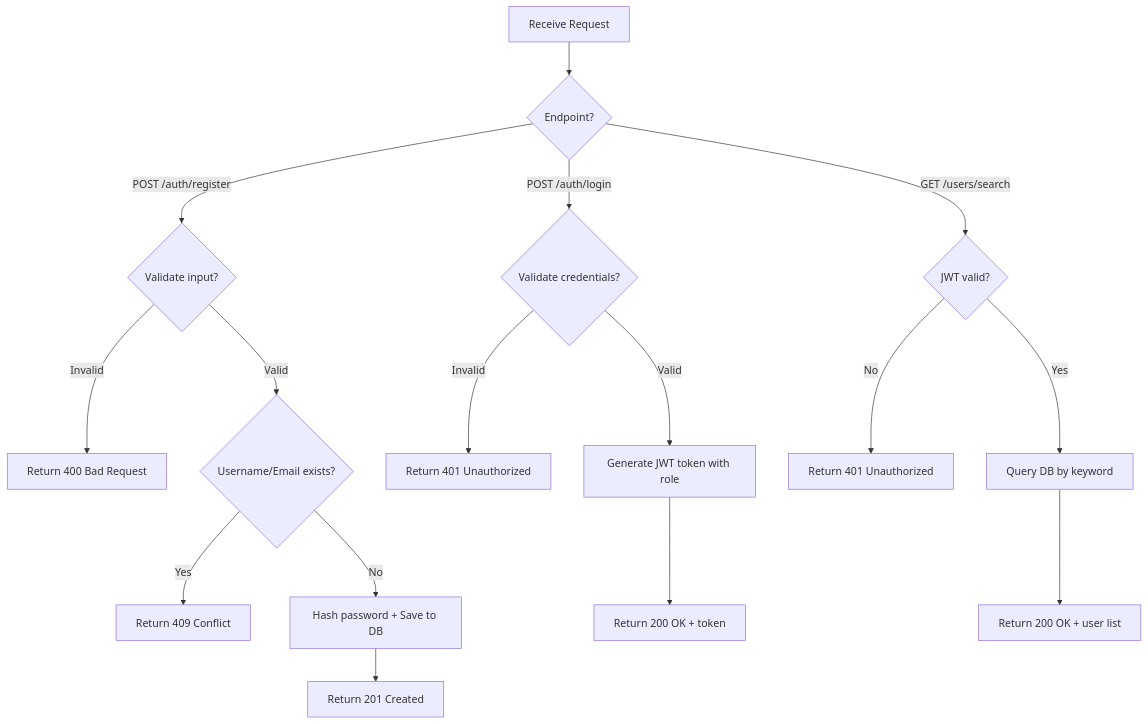
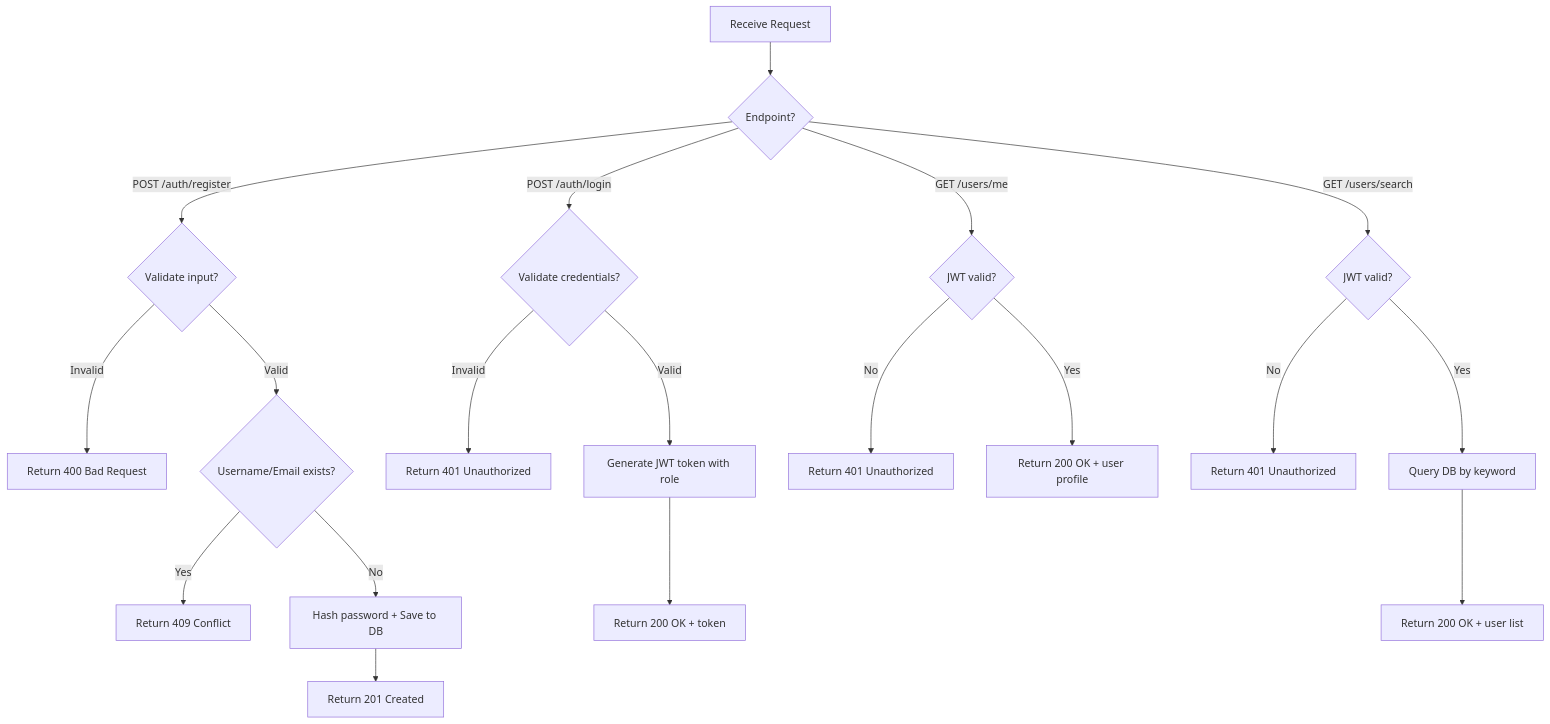
Before and after one commit to HiepNguyen284/chatapp-microservice: the third of 5 diagrams in docs/analysis-and-design.md, drawn with Mermaid. The commit also changed other lines of this file, not shown here.

````diff
--- a/docs/analysis-and-design.md
+++ b/docs/analysis-and-design.md
@@ -284,21 +292,25 @@
 ```mermaid
 flowchart TD
     A[Receive Request] --> B{Endpoint?}
 
     B -->|POST /auth/register| C{Validate input?}
     C -->|Invalid| C1[Return 400 Bad Request]
     C -->|Valid| C2{Username/Email exists?}
     C2 -->|Yes| C3[Return 409 Conflict]
     C2 -->|No| C4[Hash password + Save to DB]
     C4 --> C5[Return 201 Created]
 
     B -->|POST /auth/login| D{Validate credentials?}
     D -->|Invalid| D1[Return 401 Unauthorized]
     D -->|Valid| D2[Generate JWT token with role]
     D2 --> D3[Return 200 OK + token]
 
+    B -->|GET /users/me| F{JWT valid?}
+    F -->|No| F1[Return 401 Unauthorized]
+    F -->|Yes| F2[Return 200 OK + user profile]
+
     B -->|GET /users/search| E{JWT valid?}
     E -->|No| E1[Return 401 Unauthorized]
     E -->|Yes| E2[Query DB by keyword]
     E2 --> E3[Return 200 OK + user list]
 ```
````
